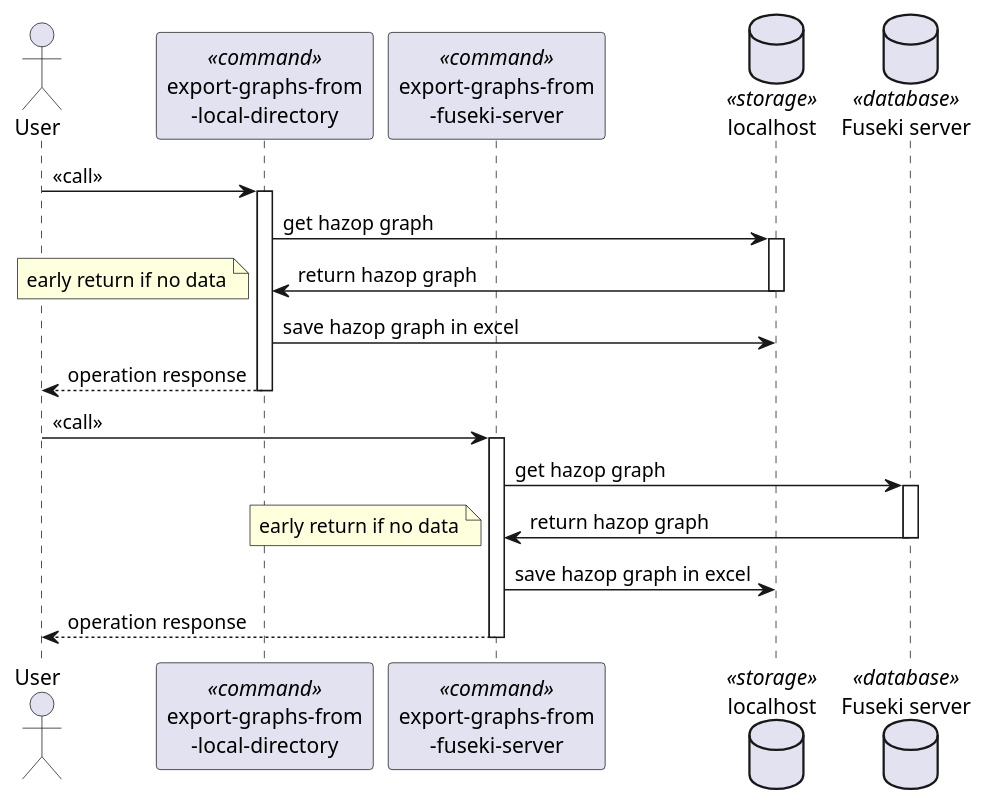
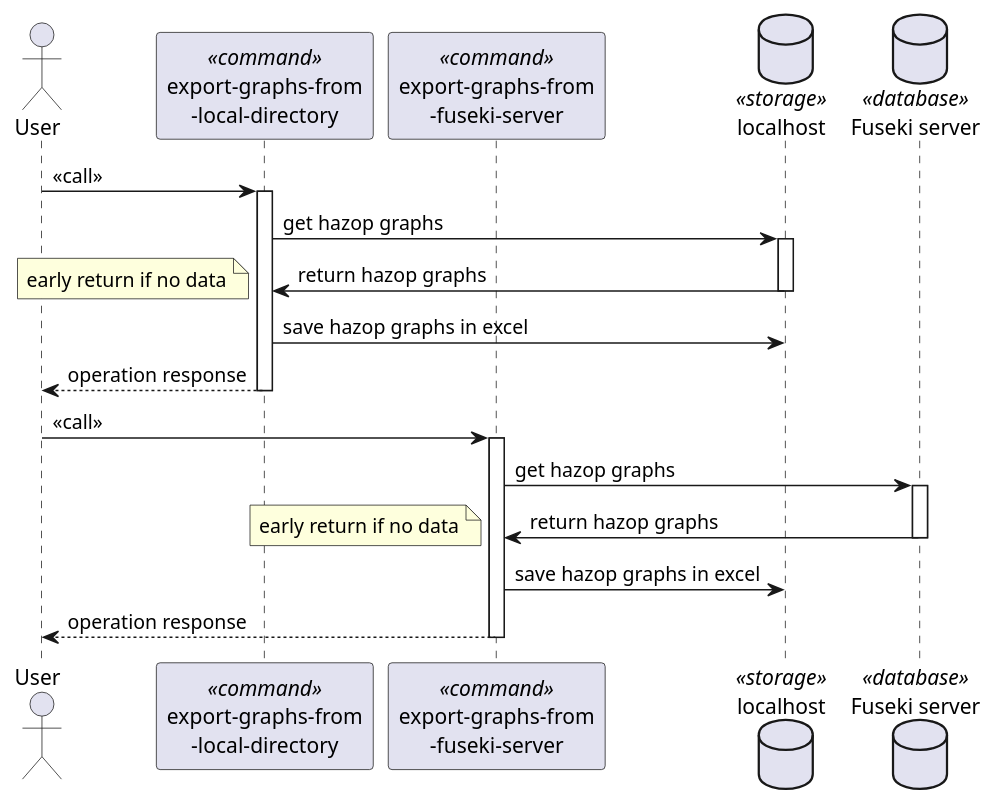
Before and after one commit to dmytkost/HAZOP2RDF: the third of 3 diagrams in docs/implementation.md, drawn with PlantUML. The commit also changed 2 other files, not shown here.

Commit message:
Docs: sequence diagrams update

````diff
--- a/docs/implementation.md
+++ b/docs/implementation.md
@@ -131,39 +131,39 @@
 ```plantuml
 actor User
 
 participant "export-graphs-from\n-local-directory" as ExportFromStorage << command >>
 participant "export-graphs-from\n-fuseki-server" as ExportFromFuseki << command >>
 
 database "localhost" as Localhost << storage >>
 database "Fuseki server" as Fuseki << database >>
 
 
 User -> ExportFromStorage: << call >>
 activate ExportFromStorage
 
-ExportFromStorage -> Localhost: get hazop graph
+ExportFromStorage -> Localhost: get hazop graphs
 activate Localhost
 
-Localhost -> ExportFromStorage: return hazop graph
+Localhost -> ExportFromStorage: return hazop graphs
 note left: early return if no data
 deactivate Localhost
 
-ExportFromStorage -> Localhost: save hazop graph in excel
+ExportFromStorage -> Localhost: save hazop graphs in excel
 ExportFromStorage --> User: operation response
 deactivate ExportFromStorage
 
 
 User -> ExportFromFuseki: << call >>
 activate ExportFromFuseki
 
-ExportFromFuseki -> Fuseki: get hazop graph
+ExportFromFuseki -> Fuseki: get hazop graphs
 activate Fuseki
 
-Fuseki -> ExportFromFuseki: return hazop graph
+Fuseki -> ExportFromFuseki: return hazop graphs
 note left: early return if no data
 deactivate Fuseki
 
-ExportFromFuseki -> Localhost: save hazop graph in excel
+ExportFromFuseki -> Localhost: save hazop graphs in excel
 ExportFromFuseki --> User: operation response
 deactivate ExportFromFuseki
 ```
````
